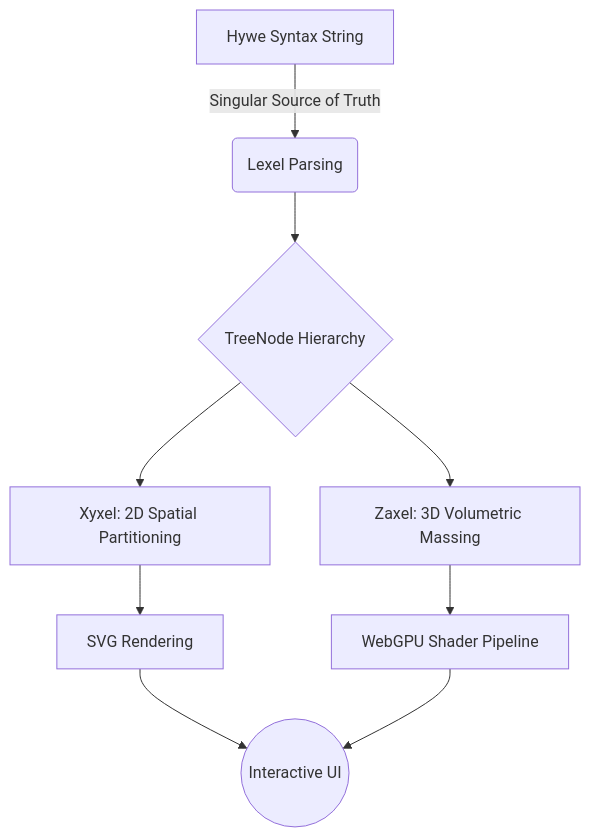
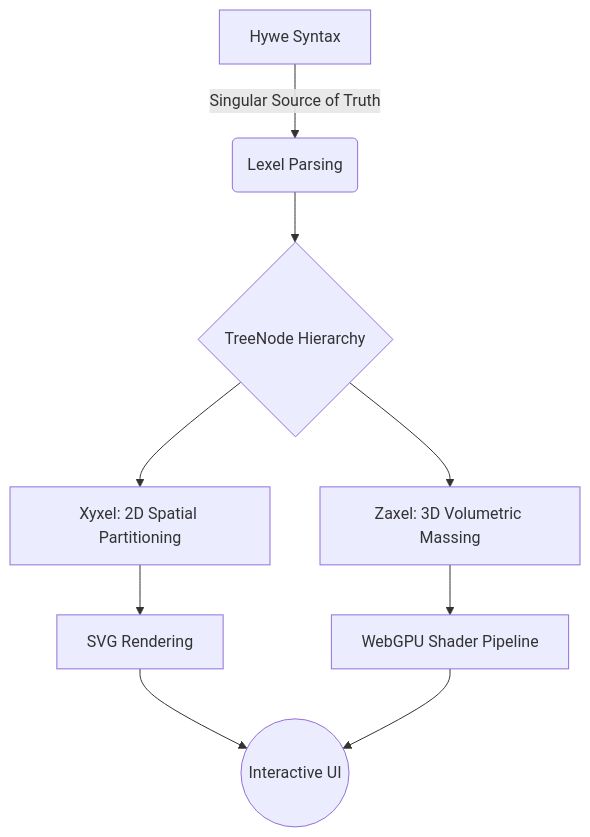
The diagram in README.md (vykrum/Hywe), drawn with Mermaid before and after one commit.

Commit message:
Fix typo in Hywe Syntax reference in README

````diff
--- a/README.md
+++ b/README.md
@@ -83,10 +83,10 @@
 ```mermaid
 graph TD
-    A[Hywe Syntax String] -- "Singular Source of Truth" --> B(Lexel Parsing)
+    A[Hywe Syntax] -- "Singular Source of Truth" --> B(Lexel Parsing)
     B --> C{TreeNode Hierarchy}
     C --> D[Xyxel: 2D Spatial Partitioning]
     C --> E[Zaxel: 3D Volumetric Massing]
     D --> F[SVG Rendering]
     E --> G[WebGPU Shader Pipeline]
     F & G --> H((Interactive UI))
 ```
````
